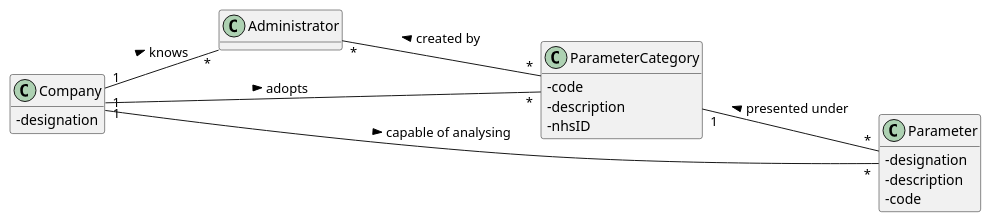
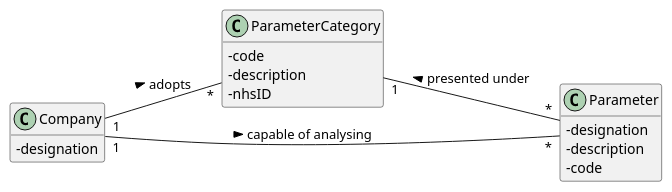
One commit to 0franciscor/lei-21-s2-1de-g19 changed the diagram in docs/SprintC/US10/US10-MD.puml. Above: the diagram before and after it, drawn with PlantUML. The commit also changed 3 other files, not shown here.

```diff
--- a/docs/SprintC/US10/US10-MD.puml
+++ b/docs/SprintC/US10/US10-MD.puml
@@ -1,40 +1,31 @@
 @startuml
 'https://plantuml.com/class-diagram
 hide methods
 left to right direction
 class Company
-class Administrator
 class ParameterCategory
 class Parameter
 
 
 Company "1" -- "*" Parameter : > capable of analysing
 Company "1" -- "*" ParameterCategory : > adopts
-Company "1" -- "*" Administrator : > knows
 ParameterCategory "1" -- "*" Parameter : < presented under
-Administrator "*" -- "*" ParameterCategory : < created by
 
 skinparam classAttributeIconSize 0
 class Company{
 -designation
 }
-
-
 
 class ParameterCategory{
 -code
 -description
 -nhsID
 }
 
 class Parameter{
 -designation
 -description
 -code
 }
 
-class Administrator{
-}
-
-
 @enduml
```
